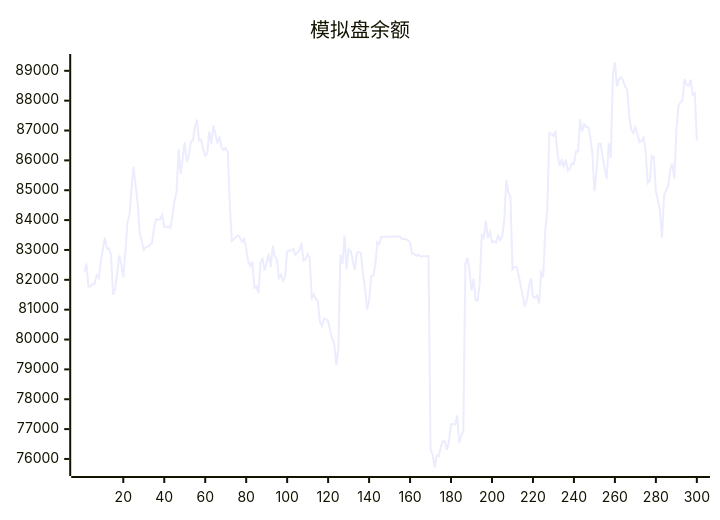
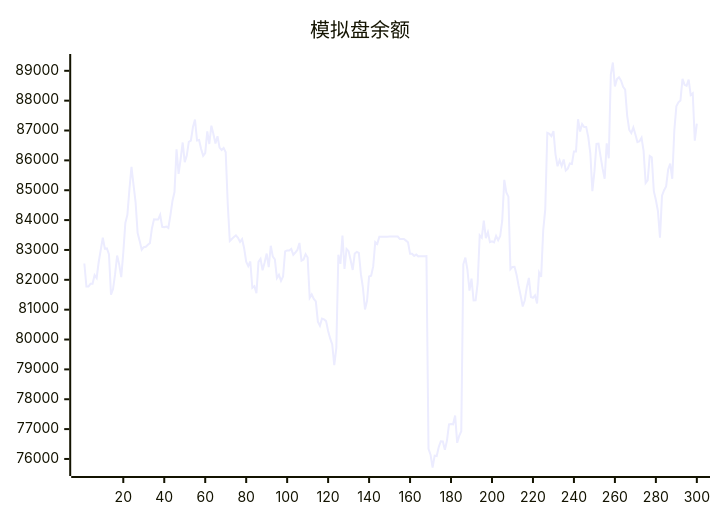
The diagram in README.md (aahl/ai-trading), drawn with Mermaid before and after one commit. The commit also changed other lines of this file and 1 other file, not shown here.

````diff
--- a/README.md
+++ b/README.md
@@ -5,5 +5,5 @@
 ```mermaid
 xychart
     title "模拟盘余额"
-    line [82270,82547,81776,81776,81866,81866,82158,82061,82596,83000,83408,83041,83050,82858,81503,81691,82188,82812,82517,82092,82901,83898,84180,85030,85781,85178,84604,83569,83298,83008,83093,83107,83175,83228,83729,84025,84017,84019,84177,83775,83762,83785,83738,84160,84639,84939,86370,85548,86046,86599,85942,86161,86622,86664,87115,87369,86666,86685,86384,86152,86243,86969,86548,87164,86885,86566,86809,86427,86348,86417,86273,84538,83299,83369,83430,83490,83404,83270,83362,83056,82605,82459,82614,81734,81788,81551,82598,82702,82320,82580,82878,82426,83139,82778,82686,82056,82166,81963,82110,82951,82983,82984,83038,82838,82915,82998,83235,82642,82682,82858,82746,81396,81512,81362,81277,80600,80461,80699,80673,80616,80288,80038,79836,79142,79722,82837,82533,83480,82366,83032,82960,82654,82330,82883,82934,82901,82188,81728,81005,81298,82110,82135,82449,83264,83203,83440,83439,83440,83440,83446,83447,83448,83447,83448,83449,83369,83369,83369,83313,83256,82872,82873,82801,82844,82785,82791,82791,82793,82794,76339,76145,75714,76110,76096,76397,76594,76585,76310,76607,77160,77170,77160,77456,76541,76774,76927,82520,82744,82337,81639,82040,81307,81314,81887,83490,83414,83984,83396,83594,83261,83287,83253,83470,83327,83465,83987,85348,84930,84786,82355,82433,82438,82167,81795,81466,81105,81315,81756,82064,81426,81398,81481,81210,82242,82099,83658,84359,86925,86892,86814,86980,86203,85802,86003,85811,86028,85657,85721,85896,85880,86300,86299,87378,86965,87214,87115,87118,86780,86238,84966,85623,86555,86562,86129,85722,85387,86569,86070,88870,89278,88477,88720,88781,88668,88467,88372,87493,87018,86917,87102,86870,86613,86644,86758,86317,85242,85334,86149,86106,84968,84671,84302,83410,84816,85001,85127,85693,85891,85384,87001,87811,87945,88007,88734,88528,88495,88705,88189,88248,86662]
+    line [82547,81776,81776,81866,81866,82158,82061,82596,83000,83408,83041,83050,82858,81503,81691,82188,82812,82517,82092,82901,83898,84180,85030,85781,85178,84604,83569,83298,83008,83093,83107,83175,83228,83729,84025,84017,84019,84177,83775,83762,83785,83738,84160,84639,84939,86370,85548,86046,86599,85942,86161,86622,86664,87115,87369,86666,86685,86384,86152,86243,86969,86548,87164,86885,86566,86809,86427,86348,86417,86273,84538,83299,83369,83430,83490,83404,83270,83362,83056,82605,82459,82614,81734,81788,81551,82598,82702,82320,82580,82878,82426,83139,82778,82686,82056,82166,81963,82110,82951,82983,82984,83038,82838,82915,82998,83235,82642,82682,82858,82746,81396,81512,81362,81277,80600,80461,80699,80673,80616,80288,80038,79836,79142,79722,82837,82533,83480,82366,83032,82960,82654,82330,82883,82934,82901,82188,81728,81005,81298,82110,82135,82449,83264,83203,83440,83439,83440,83440,83446,83447,83448,83447,83448,83449,83369,83369,83369,83313,83256,82872,82873,82801,82844,82785,82791,82791,82793,82794,76339,76145,75714,76110,76096,76397,76594,76585,76310,76607,77160,77170,77160,77456,76541,76774,76927,82520,82744,82337,81639,82040,81307,81314,81887,83490,83414,83984,83396,83594,83261,83287,83253,83470,83327,83465,83987,85348,84930,84786,82355,82433,82438,82167,81795,81466,81105,81315,81756,82064,81426,81398,81481,81210,82242,82099,83658,84359,86925,86892,86814,86980,86203,85802,86003,85811,86028,85657,85721,85896,85880,86300,86299,87378,86965,87214,87115,87118,86780,86238,84966,85623,86555,86562,86129,85722,85387,86569,86070,88870,89278,88477,88720,88781,88668,88467,88372,87493,87018,86917,87102,86870,86613,86644,86758,86317,85242,85334,86149,86106,84968,84671,84302,83410,84816,85001,85127,85693,85891,85384,87001,87811,87945,88007,88734,88528,88495,88705,88189,88248,86662,87234]
 ```
````
